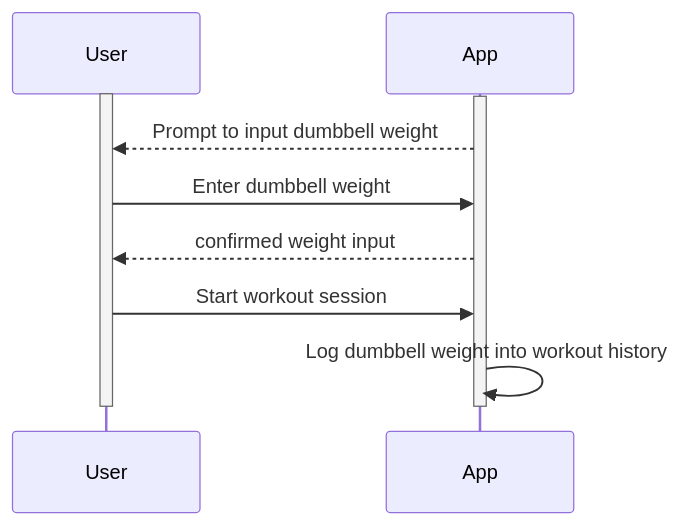
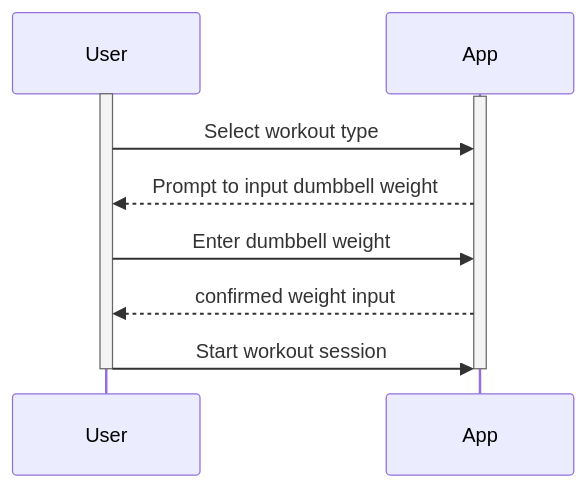
The seventh of 14 diagrams in documentation/docs/system-architecture/sequence-diagrams.md (Capstone-Projects-2024-Spring/project-smartweights), drawn with Mermaid before and after one commit. The commit also changed other lines of this file and 107 other files, not shown here.

````diff
--- a/documentation/docs/system-architecture/sequence-diagrams.md
+++ b/documentation/docs/system-architecture/sequence-diagrams.md
@@ -164,17 +237,17 @@
 ```mermaid 
 sequenceDiagram
     participant User
     participant App
 
     activate User
     activate App
+    User->>App: Select workout type
     App-->>User: Prompt to input dumbbell weight
     User->>App: Enter dumbbell weight
     App-->>User: confirmed weight input
     User->>App: Start workout session
-    App->>App: Log dumbbell weight into workout history
 
     deactivate User
     deactivate App
     
 ```
````
